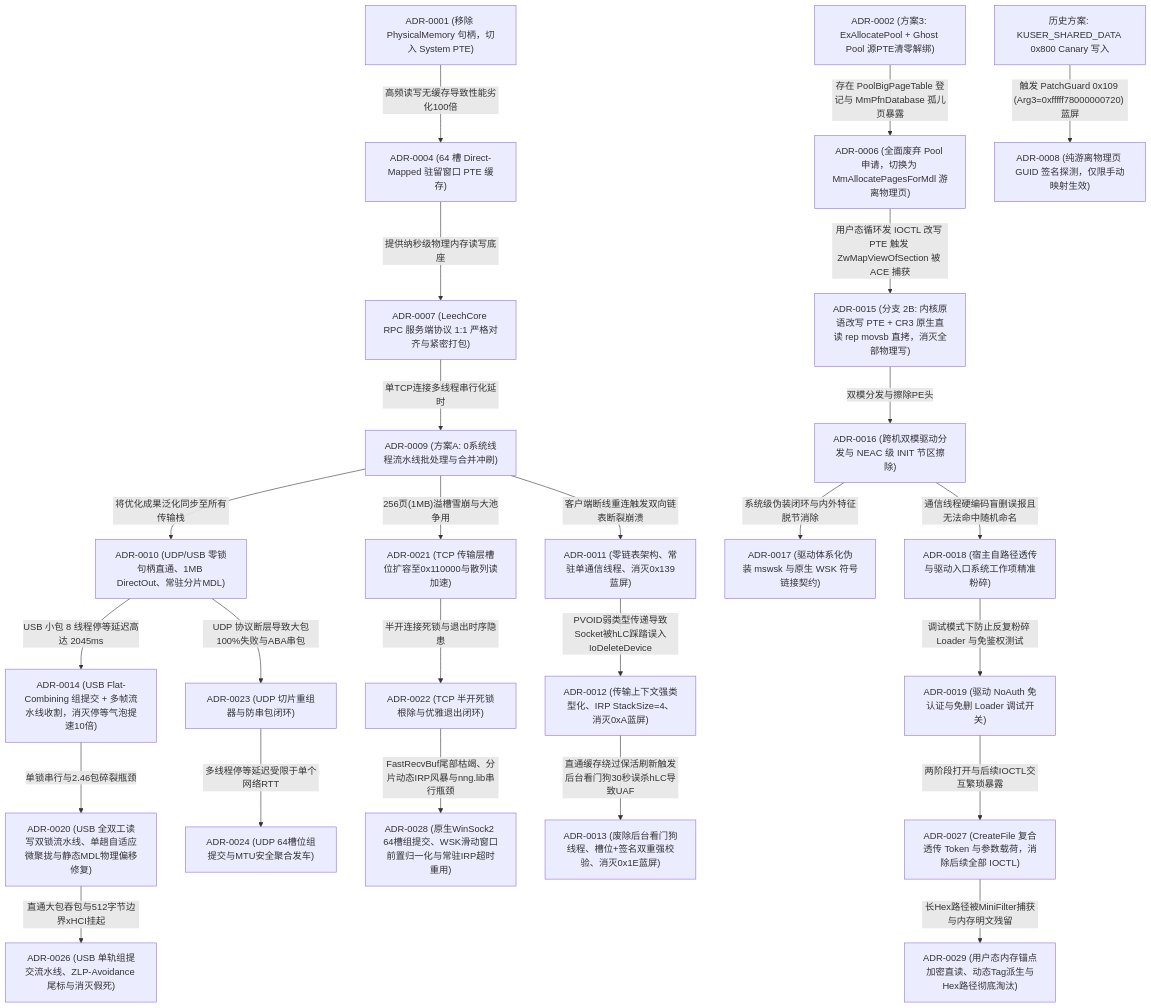
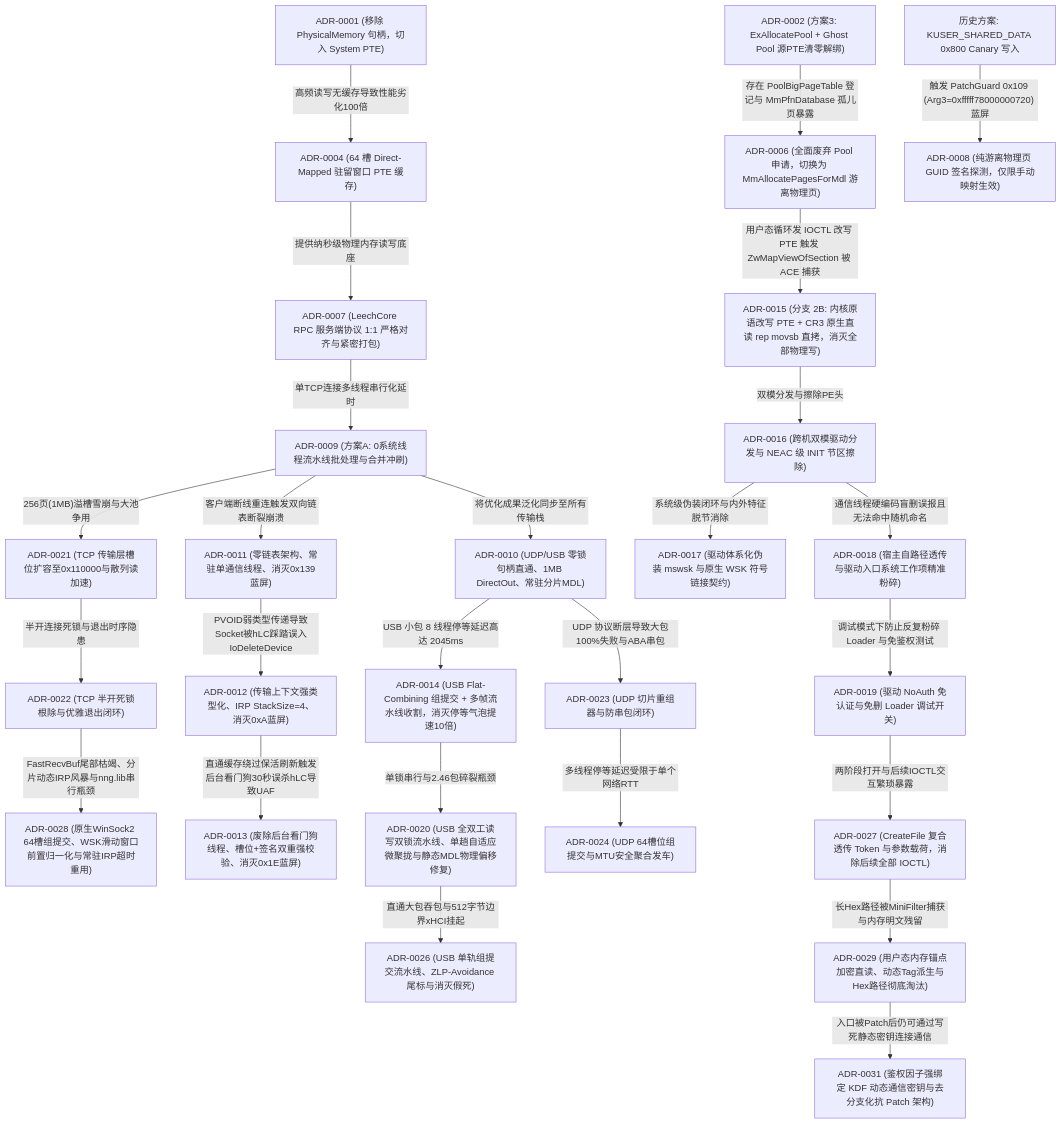
Before and after one commit to zhugeliang666/CheatDrv: the diagram in docs/decisions/README.md, drawn with Mermaid. The commit also changed other lines of this file and 8 other files, not shown here.

Commit message:
feat(security): implement KDF dynamic session key derivation and anti-patch defense (ADR-0031)

````diff
--- a/docs/decisions/README.md
+++ b/docs/decisions/README.md
@@ -46,28 +47,29 @@
 ```mermaid
 
 graph TD
     A["ADR-0002 (方案3: ExAllocatePool + Ghost Pool 源PTE清零解绑)"] --"存在 PoolBigPageTable 登记与 MmPfnDatabase 孤儿页暴露"--> B["ADR-0006 (全面废弃 Pool 申请，切换为 MmAllocatePagesForMdl 游离物理页)"]
     B --"用户态循环发 IOCTL 改写 PTE 触发 ZwMapViewOfSection 被 ACE 捕获"--> N["ADR-0015 (分支 2B: 内核原语改写 PTE + CR3 原生直读 rep movsb 直拷，消灭全部物理写)"]
     C["ADR-0001 (移除 PhysicalMemory 句柄，切入 System PTE)"] --"高频读写无缓存导致性能劣化100倍"--> D["ADR-0004 (64 槽 Direct-Mapped 驻留窗口 PTE 缓存)"]
     D --"提供纳秒级物理内存读写底座"--> E["ADR-0007 (LeechCore RPC 服务端协议 1:1 严格对齐与紧密打包)"]
     F["历史方案: KUSER_SHARED_DATA 0x800 Canary 写入"] --"触发 PatchGuard 0x109 (Arg3=0xfffff78000000720) 蓝屏"--> G["ADR-0008 (纯游离物理页 GUID 签名探测，仅限手动映射生效)"]
     E --"单TCP连接多线程串行化延时"--> H["ADR-0009 (方案A: 0系统线程流水线批处理与合并冲刷)"]
     H --"将优化成果泛化同步至所有传输栈"--> I["ADR-0010 (UDP/USB 零锁句柄直通、1MB DirectOut、常驻分片MDL)"]
     H --"256页(1MB)溢槽雪崩与大池争用"--> U["ADR-0021 (TCP 传输层槽位扩容至0x110000与散列读加速)"]
     U --"半开连接死锁与退出时序隐患"--> Z1["ADR-0022 (TCP 半开死锁根除与优雅退出闭环)"]
     Z1 --"FastRecvBuf尾部枯竭、分片动态IRP风暴与nng.lib串行瓶颈"--> Z2["ADR-0028 (原生WinSock2 64槽组提交、WSK滑动窗口前置归一化与常驻IRP超时重用)"]
     H --"客户端断线重连触发双向链表断裂崩溃"--> J["ADR-0011 (零链表架构、常驻单通信线程、消灭0x139蓝屏)"]
     J --"PVOID弱类型传递导致Socket被hLC踩踏误入IoDeleteDevice"--> K["ADR-0012 (传输上下文强类型化、IRP StackSize=4、消灭0xA蓝屏)"]
     K --"直通缓存绕过保活刷新触发后台看门狗30秒误杀hLC导致UAF"--> L["ADR-0013 (废除后台看门狗线程、槽位+签名双重强校验、消灭0x1E蓝屏)"]
     I --"USB 小包 8 线程停等延迟高达 2045ms"--> M["ADR-0014 (USB Flat-Combining 组提交 + 多帧流水线收割，消灭停等气泡提速10倍)"]
     M --"单锁串行与2.46包碎裂瓶颈"--> T["ADR-0020 (USB 全双工读写双锁流水线、单趟自适应微聚拢与静态MDL物理偏移修复)"]
     T --"直通大包吞包与512字节边界xHCI挂起"--> X["ADR-0026 (USB 单轨组提交流水线、ZLP-Avoidance 尾标与消灭假死)"]
     I --"UDP 协议断层导致大包100%失败与ABA串包"--> V["ADR-0023 (UDP 切片重组器与防串包闭环)"]
     V --"多线程停等延迟受限于单个网络RTT"--> W["ADR-0024 (UDP 64槽位组提交与MTU安全聚合发车)"]
     N --"双模分发与擦除PE头"--> P["ADR-0016 (跨机双模驱动分发与 NEAC 级 INIT 节区擦除)"]
     P --"系统级伪装闭环与内外特征脱节消除"--> Q["ADR-0017 (驱动体系化伪装 mswsk 与原生 WSK 符号链接契约)"]
     P --"通信线程硬编码盲删误报且无法命中随机命名"--> R["ADR-0018 (宿主自路径透传与驱动入口系统工作项精准粉碎)"]
     R --"调试模式下防止反复粉碎 Loader 与免鉴权测试"--> S["ADR-0019 (驱动 NoAuth 免认证与免删 Loader 调试开关)"]
     S --"两阶段打开与后续IOCTL交互繁琐暴露"--> Y["ADR-0027 (CreateFile 复合透传 Token 与参数载荷，消除后续全部 IOCTL)"]
     Y --"长Hex路径被MiniFilter捕获与内存明文残留"--> Z3["ADR-0029 (用户态内存锚点加密直读、动态Tag派生与Hex路径彻底淘汰)"]
+    Z3 --"入口被Patch后仍可通过写死静态密钥连接通信"--> Z4["ADR-0031 (鉴权因子强绑定 KDF 动态通信密钥与去分支化抗 Patch 架构)"]
 ```
````
